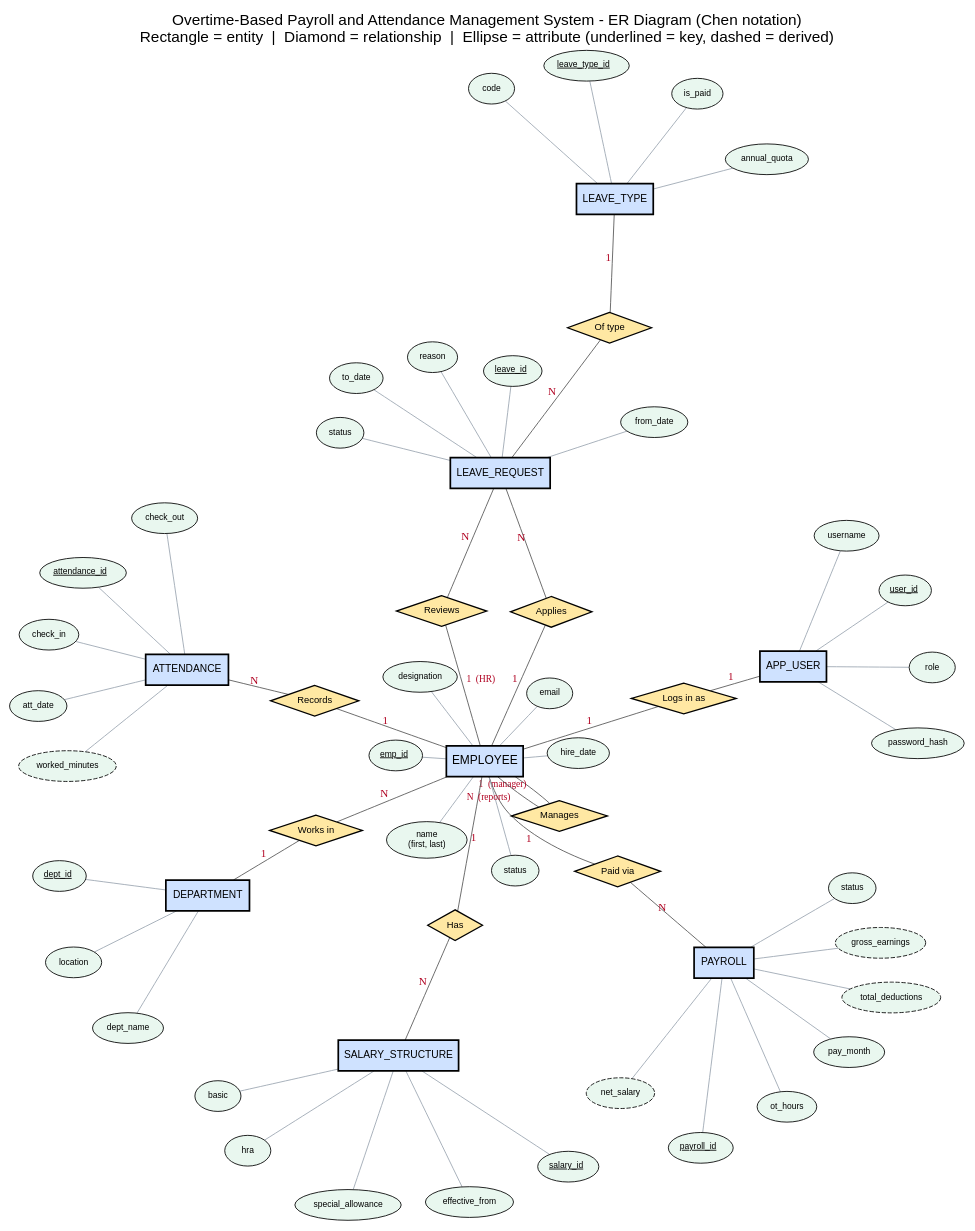
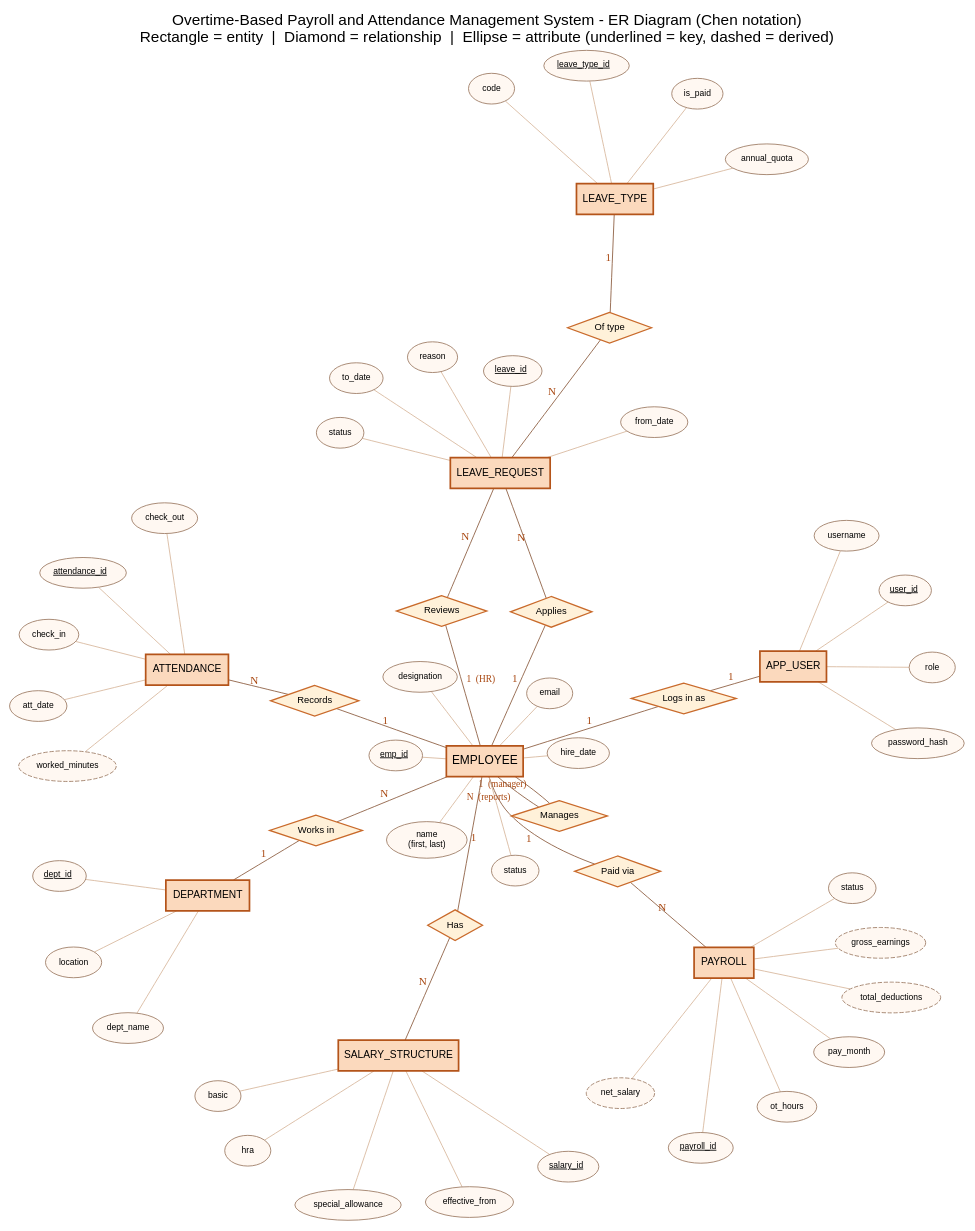
Before and after one commit to Shivom-Sood/payroll-attendance-system: the diagram in docs/er_diagram_chen.dot, drawn with Graphviz. The commit also changed 5 other files, not shown here.

Commit message:
Report: orange theme, simplified cover; recolour diagrams

```diff
--- a/docs/er_diagram_chen.dot
+++ b/docs/er_diagram_chen.dot
@@ -1,76 +1,76 @@
 // Chen-notation ER diagram: Overtime-Based Payroll and Attendance Management System
 // Render:  dot -Kneato -Tpng docs/er_diagram_chen.dot -o docs/er_diagram_chen.png
 graph ER {
     layout=neato; overlap=false; splines=true; sep="+14"; outputorder=edgesfirst;
     fontname="Helvetica"; bgcolor="white";
     label="Overtime-Based Payroll and Attendance Management System - ER Diagram (Chen notation)\nRectangle = entity  |  Diamond = relationship  |  Ellipse = attribute (underlined = key, dashed = derived)";
     labelloc=t; fontsize=18;
     node [fontname="Helvetica", fontsize=12];
-    edge [color="#555555"];
+    edge [color="#8a5a3c"];
 
     // ---------------- Entities ----------------
-    node [shape=box, style="filled,bold", fillcolor="#cfe2ff", penwidth=2];
+    node [shape=box, style="filled,bold", fillcolor="#fbd9bd", color="#b4541a", penwidth=2];
     DEPARTMENT; EMPLOYEE [fontsize=14]; SALARY_STRUCTURE; ATTENDANCE; LEAVE_REQUEST; LEAVE_TYPE; PAYROLL; APP_USER;
 
     // ---------------- Relationships ----------------
-    node [shape=diamond, style=filled, fillcolor="#ffe8a3", penwidth=1.5, fontsize=11];
+    node [shape=diamond, style=filled, fillcolor="#fff1d9", color="#c96a2b", penwidth=1.5, fontsize=11];
     works_in [label="Works in"]; manages [label="Manages"]; has_salary [label="Has"];
     records [label="Records"]; applies [label="Applies"]; of_type [label="Of type"];
     reviews [label="Reviews"]; paid [label="Paid via"]; logs_in [label="Logs in as"];
 
     // ---------------- Attributes ----------------
-    node [shape=ellipse, style=filled, fillcolor="#e9f7ef", penwidth=1, fontsize=10];
+    node [shape=ellipse, style=filled, fillcolor="#fff8f2", color="#9c7a62", penwidth=1, fontsize=10];
     d_id [label=<<U>dept_id</U>>]; d_name [label="dept_name"]; d_loc [label="location"];
     e_id [label=<<U>emp_id</U>>]; e_name [label="name\n(first, last)"]; e_email [label="email"];
     e_hire [label="hire_date"]; e_desig [label="designation"]; e_status [label="status"];
     s_id [label=<<U>salary_id</U>>]; s_basic [label="basic"]; s_hra [label="hra"];
     s_spec [label="special_allowance"]; s_eff [label="effective_from"];
     a_id [label=<<U>attendance_id</U>>]; a_date [label="att_date"]; a_in [label="check_in"];
     a_out [label="check_out"]; a_worked [label="worked_minutes", style="filled,dashed"];
     l_id [label=<<U>leave_id</U>>]; l_from [label="from_date"]; l_to [label="to_date"];
     l_status [label="status"]; l_reason [label="reason"];
     t_id [label=<<U>leave_type_id</U>>]; t_code [label="code"]; t_paid [label="is_paid"]; t_quota [label="annual_quota"];
     p_id [label=<<U>payroll_id</U>>]; p_month [label="pay_month"]; p_ot [label="ot_hours"];
     p_gross [label="gross_earnings", style="filled,dashed"]; p_ded [label="total_deductions", style="filled,dashed"];
     p_net [label="net_salary", style="filled,dashed"]; p_status [label="status"];
     u_id [label=<<U>user_id</U>>]; u_name [label="username"]; u_role [label="role"]; u_hash [label="password_hash"];
 
     // ---------------- Entity - relationship (cardinality on edges) ----------------
-    EMPLOYEE -- works_in [label="N", fontsize=13, fontcolor="#b00020"];
-    works_in -- DEPARTMENT [label="1", fontsize=13, fontcolor="#b00020"];
+    EMPLOYEE -- works_in [label="N", fontsize=13, fontcolor="#a8460f"];
+    works_in -- DEPARTMENT [label="1", fontsize=13, fontcolor="#a8460f"];
 
-    EMPLOYEE -- manages [label="1  (manager)", fontsize=11, fontcolor="#b00020"];
-    manages -- EMPLOYEE [label="N  (reports)", fontsize=11, fontcolor="#b00020"];
+    EMPLOYEE -- manages [label="1  (manager)", fontsize=11, fontcolor="#a8460f"];
+    manages -- EMPLOYEE [label="N  (reports)", fontsize=11, fontcolor="#a8460f"];
 
-    EMPLOYEE -- has_salary [label="1", fontsize=13, fontcolor="#b00020"];
-    has_salary -- SALARY_STRUCTURE [label="N", fontsize=13, fontcolor="#b00020"];
+    EMPLOYEE -- has_salary [label="1", fontsize=13, fontcolor="#a8460f"];
+    has_salary -- SALARY_STRUCTURE [label="N", fontsize=13, fontcolor="#a8460f"];
 
-    EMPLOYEE -- records [label="1", fontsize=13, fontcolor="#b00020"];
-    records -- ATTENDANCE [label="N", fontsize=13, fontcolor="#b00020"];
+    EMPLOYEE -- records [label="1", fontsize=13, fontcolor="#a8460f"];
+    records -- ATTENDANCE [label="N", fontsize=13, fontcolor="#a8460f"];
 
-    EMPLOYEE -- applies [label="1", fontsize=13, fontcolor="#b00020"];
-    applies -- LEAVE_REQUEST [label="N", fontsize=13, fontcolor="#b00020"];
+    EMPLOYEE -- applies [label="1", fontsize=13, fontcolor="#a8460f"];
+    applies -- LEAVE_REQUEST [label="N", fontsize=13, fontcolor="#a8460f"];
 
-    LEAVE_REQUEST -- of_type [label="N", fontsize=13, fontcolor="#b00020"];
-    of_type -- LEAVE_TYPE [label="1", fontsize=13, fontcolor="#b00020"];
+    LEAVE_REQUEST -- of_type [label="N", fontsize=13, fontcolor="#a8460f"];
+    of_type -- LEAVE_TYPE [label="1", fontsize=13, fontcolor="#a8460f"];
 
-    EMPLOYEE -- reviews [label="1  (HR)", fontsize=11, fontcolor="#b00020"];
-    reviews -- LEAVE_REQUEST [label="N", fontsize=13, fontcolor="#b00020"];
+    EMPLOYEE -- reviews [label="1  (HR)", fontsize=11, fontcolor="#a8460f"];
+    reviews -- LEAVE_REQUEST [label="N", fontsize=13, fontcolor="#a8460f"];
 
-    EMPLOYEE -- paid [label="1", fontsize=13, fontcolor="#b00020"];
-    paid -- PAYROLL [label="N", fontsize=13, fontcolor="#b00020"];
+    EMPLOYEE -- paid [label="1", fontsize=13, fontcolor="#a8460f"];
+    paid -- PAYROLL [label="N", fontsize=13, fontcolor="#a8460f"];
 
-    EMPLOYEE -- logs_in [label="1", fontsize=13, fontcolor="#b00020"];
-    logs_in -- APP_USER [label="1", fontsize=13, fontcolor="#b00020"];
+    EMPLOYEE -- logs_in [label="1", fontsize=13, fontcolor="#a8460f"];
+    logs_in -- APP_USER [label="1", fontsize=13, fontcolor="#a8460f"];
 
     // ---------------- Entity - attribute ----------------
-    edge [color="#9aa5b1", len=1.1];
+    edge [color="#d8b79c", len=1.1];
     DEPARTMENT -- {d_id d_name d_loc};
     EMPLOYEE -- {e_id e_name e_email e_hire e_desig e_status};
     SALARY_STRUCTURE -- {s_id s_basic s_hra s_spec s_eff};
     ATTENDANCE -- {a_id a_date a_in a_out a_worked};
     LEAVE_REQUEST -- {l_id l_from l_to l_status l_reason};
     LEAVE_TYPE -- {t_id t_code t_paid t_quota};
     PAYROLL -- {p_id p_month p_ot p_gross p_ded p_net p_status};
     APP_USER -- {u_id u_name u_role u_hash};
 }
```
